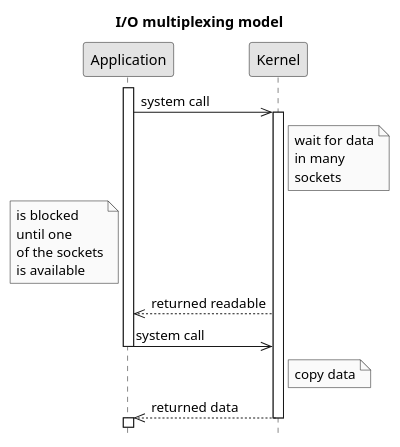
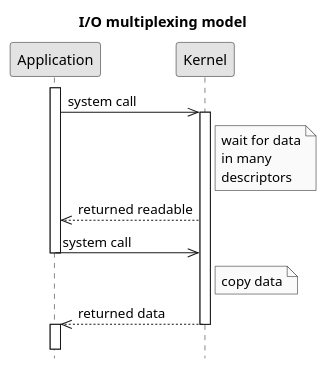
Before and after one commit to c0p4c4b4n4/demo-sockets-io-nio-nio2: the diagram in .images/IO multiplexing model.puml, drawn with PlantUML. The commit also changed 4 other files, not shown here.

```diff
--- a/.images/IO multiplexing model.puml
+++ b/.images/IO multiplexing model.puml
@@ -1,18 +1,17 @@
 @startuml
 title I/O multiplexing model
 hide footbox
 skinparam monochrome true
-skinparam shadowing false
 activate Application
 Application->>Kernel: system call
 activate Kernel
-Note right of Kernel: wait for data\nin many\nsockets
-Note left of Application: is blocked\nuntil one\nof the sockets\nis available
+Note right of Kernel: wait for data\nin many\ndescriptors
 Kernel-->>Application: returned readable
 Application->>Kernel: system call
 deactivate Application
 Note right of Kernel: copy data
 Kernel-->>Application: returned data
 deactivate Kernel
 activate Application
+||15||
 @enduml
```
